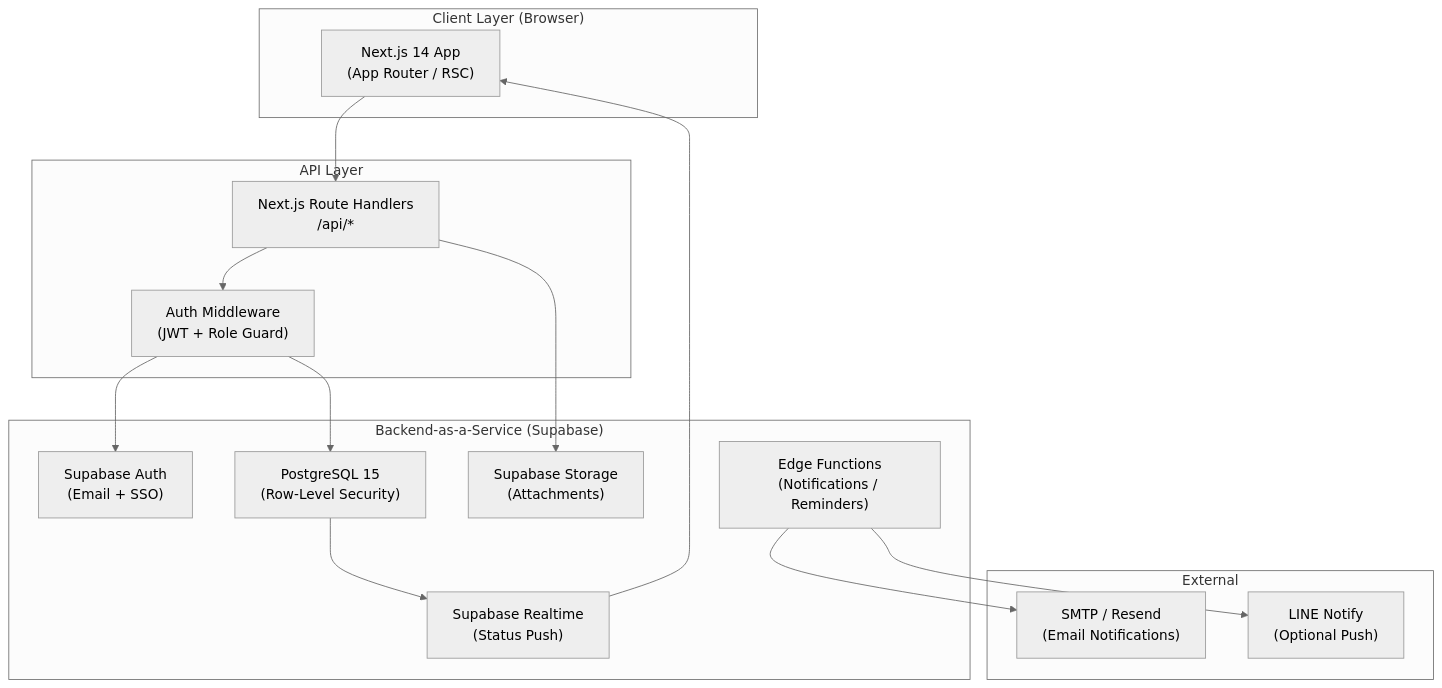
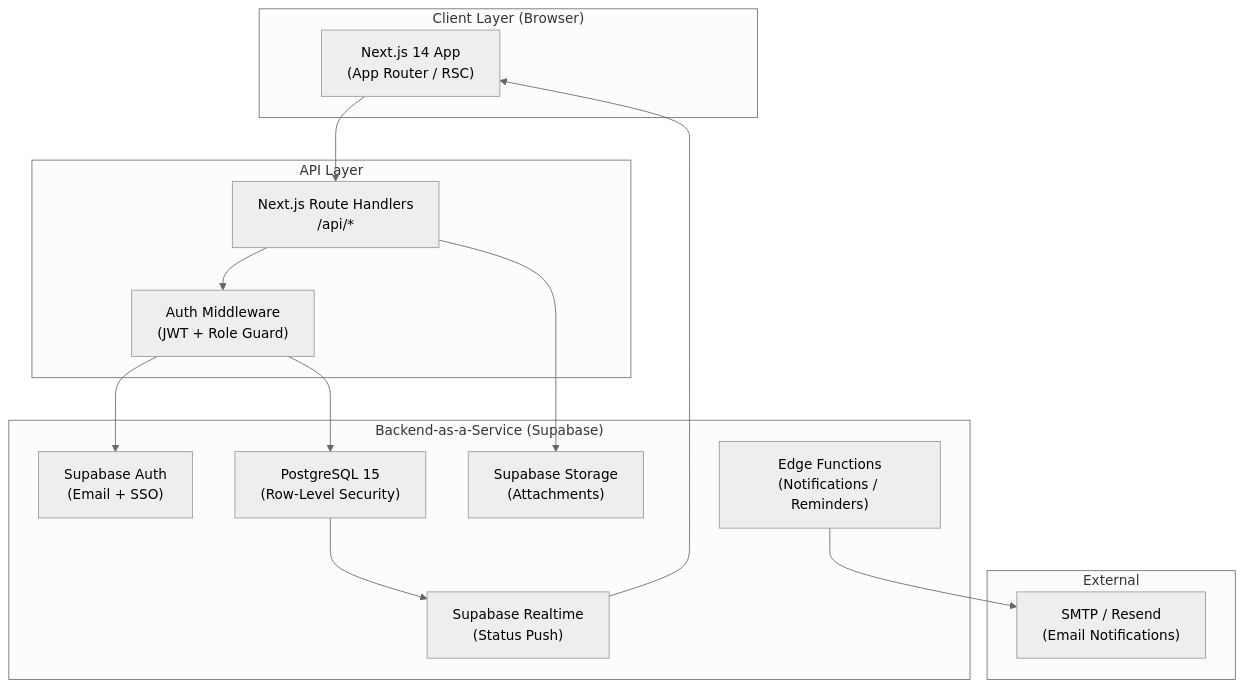
The first of 4 diagrams in car_service_system_design.md (phooriwat3/TOKIN-Car-Service), drawn with Mermaid (neutral theme) before and after one commit. The commit also changed other lines of this file and 37 other files, not shown here.

````diff
--- a/car_service_system_design.md
+++ b/car_service_system_design.md
@@ -11,34 +11,32 @@
 ```mermaid
 flowchart TB
     subgraph Client["Client Layer (Browser)"]
         NextApp["Next.js 14 App\n(App Router / RSC)"]
     end
 
     subgraph API["API Layer"]
         RouteHandlers["Next.js Route Handlers\n/api/*"]
         Middleware["Auth Middleware\n(JWT + Role Guard)"]
     end
 
     subgraph BaaS["Backend-as-a-Service (Supabase)"]
         Auth["Supabase Auth\n(Email + SSO)"]
         DB["PostgreSQL 15\n(Row-Level Security)"]
         Storage["Supabase Storage\n(Attachments)"]
         Realtime["Supabase Realtime\n(Status Push)"]
         EdgeFn["Edge Functions\n(Notifications / Reminders)"]
     end
 
     subgraph External["External"]
         Email["SMTP / Resend\n(Email Notifications)"]
-        LINE["LINE Notify\n(Optional Push)"]
     end
 
     NextApp --> RouteHandlers
     RouteHandlers --> Middleware
     Middleware --> Auth
     Middleware --> DB
     RouteHandlers --> Storage
     DB --> Realtime
     Realtime --> NextApp
     EdgeFn --> Email
-    EdgeFn --> LINE
 ```
````
